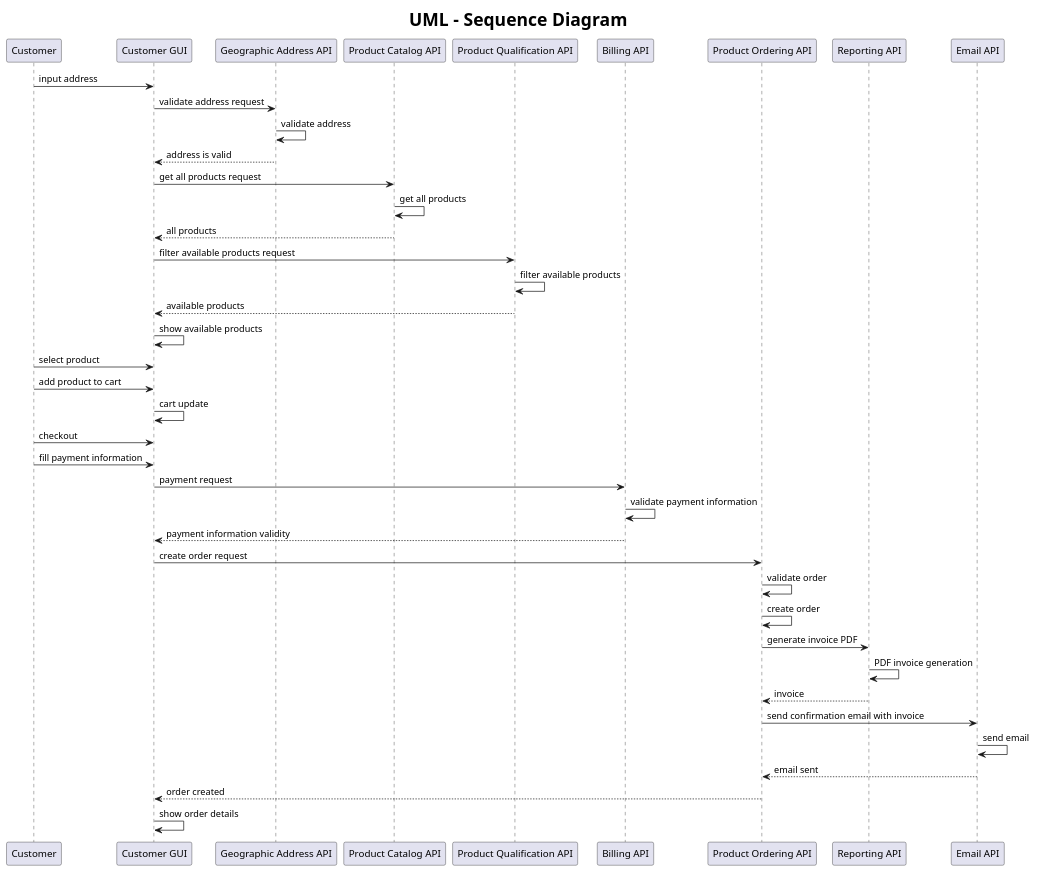
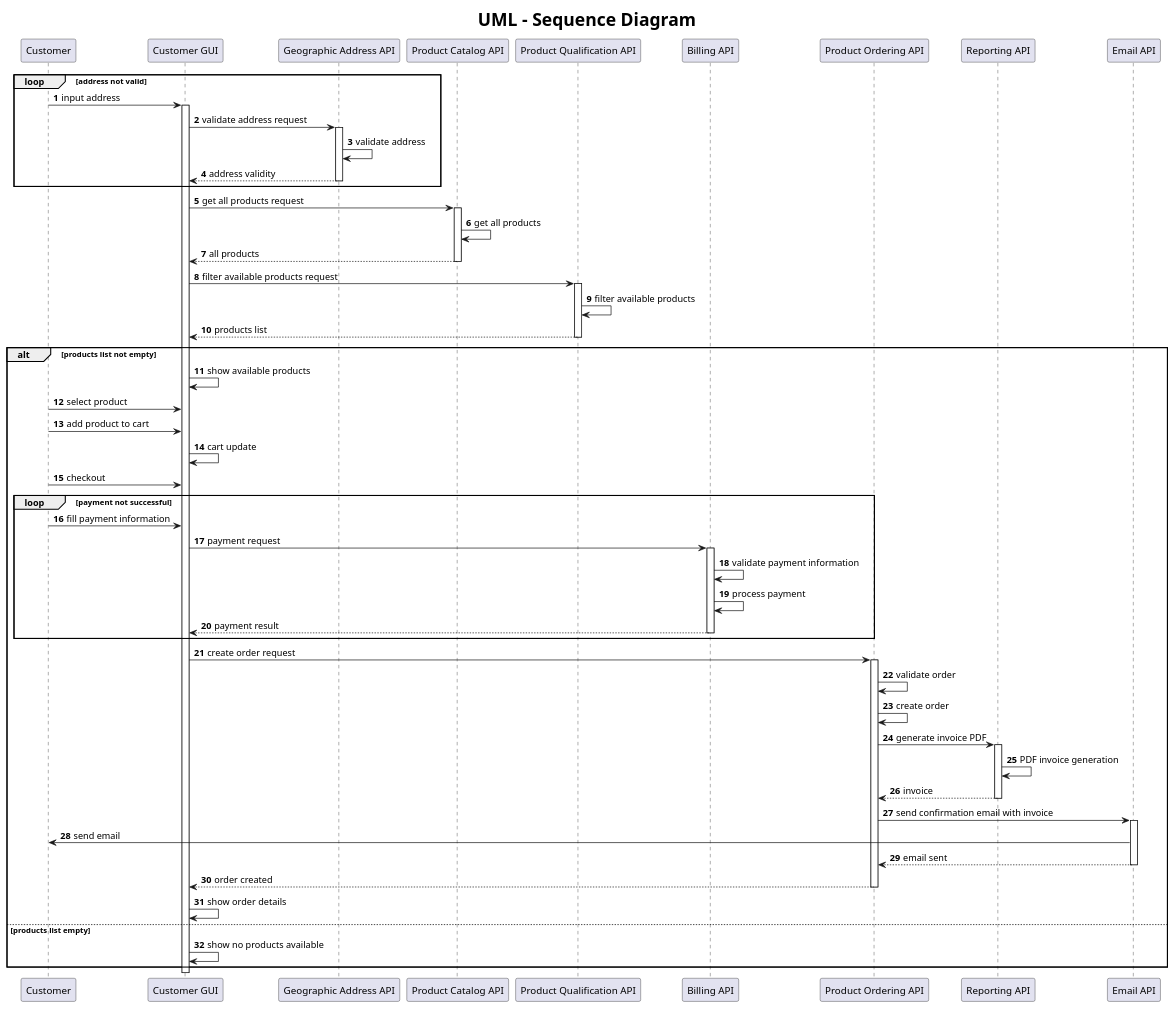
The diagram in uml/sequence/order-product-sequence.puml (ensarhamzic/diplomski-rad-softversko-inzenjerstvo), drawn with PlantUML before and after one commit.

Commit message:
sequence diagram pt3

```diff
--- a/uml/sequence/order-product-sequence.puml
+++ b/uml/sequence/order-product-sequence.puml
@@ -1,42 +1,54 @@
 @startuml
 skinparam titleFontSize 25
 
 title
 UML - Sequence Diagram
 end title
 
-"Customer" -> "Customer GUI": input address
-"Customer GUI" -> "Geographic Address API": validate address request
+autonumber
+
+loop address not valid
+"Customer" -> "Customer GUI" ++: input address
+"Customer GUI" -> "Geographic Address API" ++: validate address request
 "Geographic Address API" -> "Geographic Address API": validate address
-"Geographic Address API" --> "Customer GUI": address is valid
+"Geographic Address API" --> "Customer GUI" -- : address validity
+end
 
-"Customer GUI" -> "Product Catalog API": get all products request
+"Customer GUI" -> "Product Catalog API" ++: get all products request
 "Product Catalog API" -> "Product Catalog API": get all products
-"Product Catalog API" --> "Customer GUI": all products
+"Product Catalog API" --> "Customer GUI" --: all products
 
-"Customer GUI" -> "Product Qualification API": filter available products request
+"Customer GUI" -> "Product Qualification API" ++: filter available products request
 "Product Qualification API" -> "Product Qualification API": filter available products
-"Product Qualification API" --> "Customer GUI": available products
+"Product Qualification API" --> "Customer GUI" --: products list
+alt products list not empty
 "Customer GUI" -> "Customer GUI": show available products
 
 "Customer" -> "Customer GUI": select product
 "Customer" -> "Customer GUI": add product to cart
 "Customer GUI" -> "Customer GUI": cart update
 "Customer" -> "Customer GUI": checkout
+loop payment not successful
 "Customer" -> "Customer GUI": fill payment information
-"Customer GUI" -> "Billing API": payment request
+"Customer GUI" -> "Billing API" ++: payment request
 "Billing API" -> "Billing API": validate payment information
-"Billing API" --> "Customer GUI": payment information validity
-"Customer GUI" -> "Product Ordering API": create order request
+"Billing API" -> "Billing API": process payment
+"Billing API" --> "Customer GUI" --: payment result
+end
+"Customer GUI" -> "Product Ordering API" ++: create order request
 "Product Ordering API" -> "Product Ordering API": validate order
 "Product Ordering API" -> "Product Ordering API": create order
-"Product Ordering API" -> "Reporting API": generate invoice PDF
+"Product Ordering API" -> "Reporting API" ++: generate invoice PDF
 "Reporting API" -> "Reporting API": PDF invoice generation
-"Reporting API" --> "Product Ordering API": invoice
-"Product Ordering API" -> "Email API": send confirmation email with invoice
-"Email API" -> "Email API": send email
-"Email API" --> "Product Ordering API": email sent
+"Reporting API" --> "Product Ordering API" --: invoice
+"Product Ordering API" -> "Email API" ++: send confirmation email with invoice
+"Email API" -> "Customer": send email
+"Email API" --> "Product Ordering API" --: email sent
 
-"Product Ordering API" --> "Customer GUI": order created
+"Product Ordering API" --> "Customer GUI" --: order created
 "Customer GUI" -> "Customer GUI": show order details
+
+else products list empty
+"Customer GUI" -> "Customer GUI": show no products available
+end
 @enduml
```
